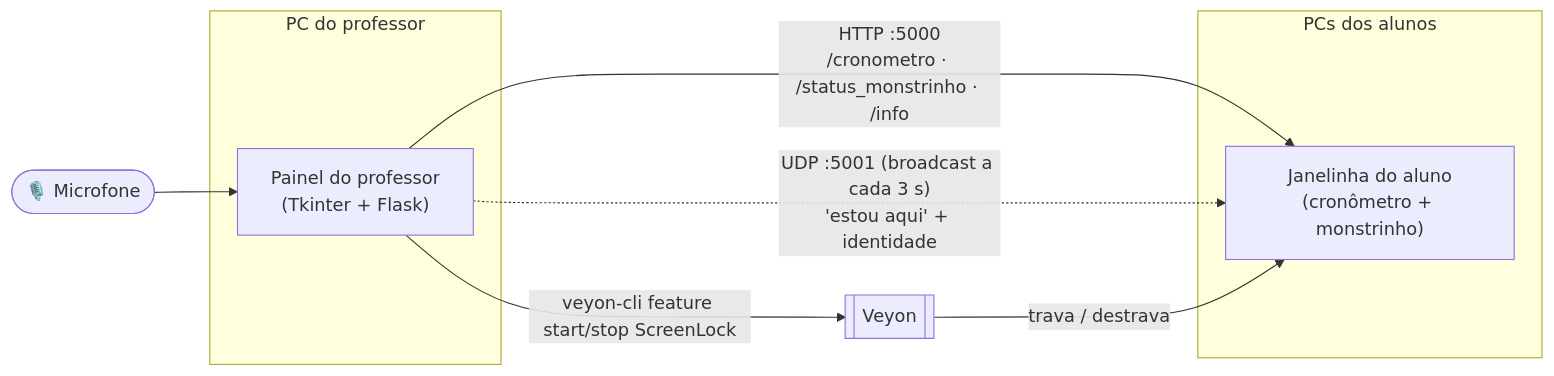
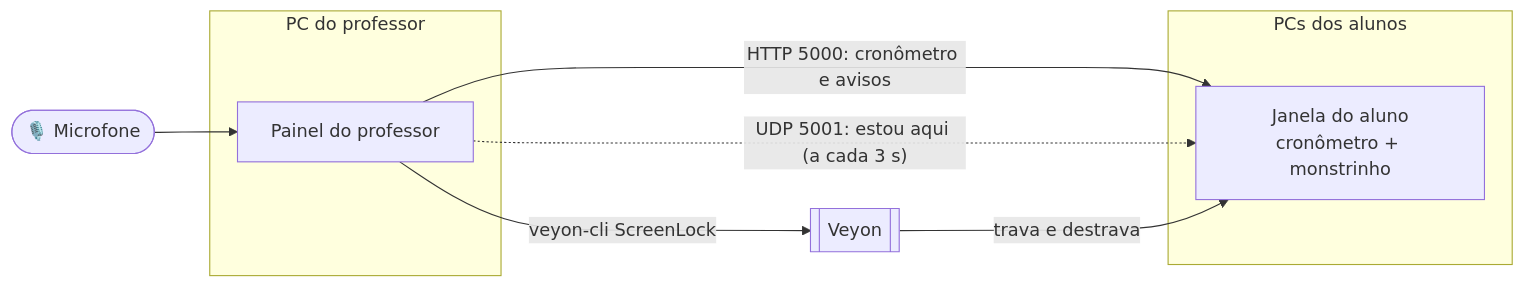
One commit to rxrichard/monstrinho-do-barulho changed the first of 2 diagrams in README.md. Above: the diagram before and after it, drawn with Mermaid. The commit also changed other lines of this file, not shown here.

````diff
--- a/README.md
+++ b/README.md
@@ -51,14 +40,14 @@
 ```mermaid
 flowchart LR
     MIC(["🎙️ Microfone"]) --> PAINEL
     subgraph PROF["PC do professor"]
-        PAINEL["Painel do professor<br/>(Tkinter + Flask)"]
+        PAINEL["Painel do professor"]
     end
-    PAINEL -- "HTTP :5000<br/>/cronometro · /status_monstrinho · /info" --> ALUNO
-    PAINEL -. "UDP :5001 (broadcast a cada 3 s)<br/>'estou aqui' + identidade" .-> ALUNO
-    PAINEL -- "veyon-cli feature start/stop ScreenLock" --> VEYON[["Veyon"]]
-    VEYON -- "trava / destrava" --> ALUNO
     subgraph ALUNOS["PCs dos alunos"]
-        ALUNO["Janelinha do aluno<br/>(cronômetro + monstrinho)"]
+        ALUNO["Janela do aluno<br/>cronômetro + monstrinho"]
     end
+    PAINEL -- "HTTP 5000: cronômetro e avisos" --> ALUNO
+    PAINEL -. "UDP 5001: estou aqui (a cada 3 s)" .-> ALUNO
+    PAINEL -- "veyon-cli ScreenLock" --> VEYON[["Veyon"]]
+    VEYON -- "trava e destrava" --> ALUNO
 ```
````
